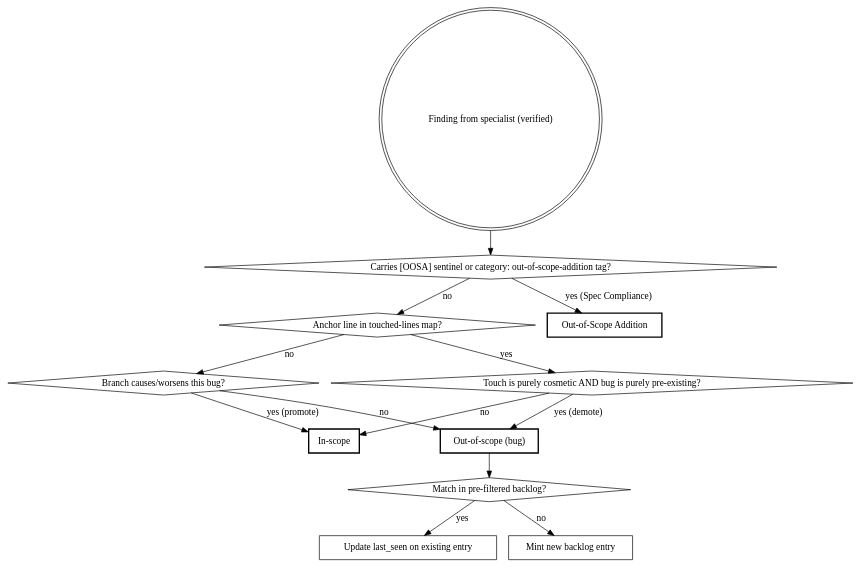
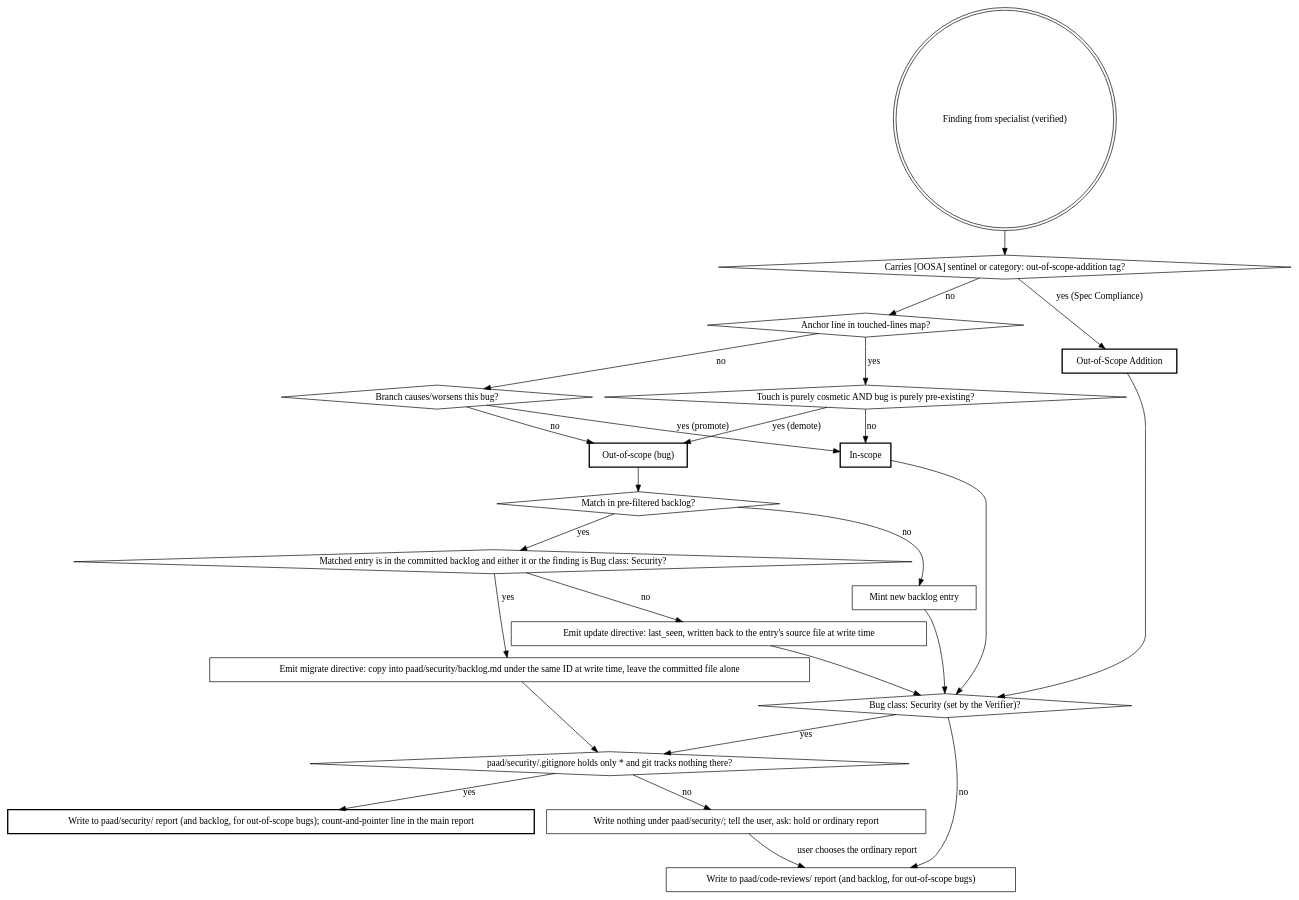
The first of 2 diagrams in plugins/paad/skills/agentic-review/SKILL.md (Ovid/paad), drawn with Graphviz before and after one commit. The commit also changed other lines of this file and 71 other files, not shown here.

````diff
--- a/plugins/paad/skills/agentic-review/SKILL.md
+++ b/plugins/paad/skills/agentic-review/SKILL.md
@@ -16,29 +20,48 @@
 ```dot
 digraph classification {
   "Finding from specialist (verified)" [shape=doublecircle];
   "Carries [OOSA] sentinel or category: out-of-scope-addition tag?" [shape=diamond];
   "Anchor line in touched-lines map?" [shape=diamond];
   "Branch causes/worsens this bug?" [shape=diamond];
   "Touch is purely cosmetic AND bug is purely pre-existing?" [shape=diamond];
   "Match in pre-filtered backlog?" [shape=diamond];
+  "Matched entry is in the committed backlog and either it or the finding is Bug class: Security?" [shape=diamond];
 
   "In-scope" [shape=box, style=bold];
   "Out-of-scope (bug)" [shape=box, style=bold];
   "Out-of-Scope Addition" [shape=box, style=bold];
-  "Update last_seen on existing entry" [shape=box];
+  "Emit update directive: last_seen, written back to the entry's source file at write time" [shape=box];
   "Mint new backlog entry" [shape=box];
+  "Emit migrate directive: copy into paad/security/backlog.md under the same ID at write time, leave the committed file alone" [shape=box];
+  "Bug class: Security (set by the Verifier)?" [shape=diamond];
+  "Write to paad/security/ report (and backlog, for out-of-scope bugs); count-and-pointer line in the main report" [shape=box, style=bold];
+  "paad/security/.gitignore holds only * and git tracks nothing there?" [shape=diamond];
+  "Write nothing under paad/security/; tell the user, ask: hold or ordinary report" [shape=box];
+  "Write to paad/code-reviews/ report (and backlog, for out-of-scope bugs)" [shape=box];
 
   "Finding from specialist (verified)" -> "Carries [OOSA] sentinel or category: out-of-scope-addition tag?";
   "Carries [OOSA] sentinel or category: out-of-scope-addition tag?" -> "Out-of-Scope Addition" [label="yes (Spec Compliance)"];
+  "Out-of-Scope Addition" -> "Bug class: Security (set by the Verifier)?";
   "Carries [OOSA] sentinel or category: out-of-scope-addition tag?" -> "Anchor line in touched-lines map?" [label="no"];
   "Anchor line in touched-lines map?" -> "Touch is purely cosmetic AND bug is purely pre-existing?" [label="yes"];
   "Anchor line in touched-lines map?" -> "Branch causes/worsens this bug?" [label="no"];
   "Touch is purely cosmetic AND bug is purely pre-existing?" -> "Out-of-scope (bug)" [label="yes (demote)"];
   "Touch is purely cosmetic AND bug is purely pre-existing?" -> "In-scope" [label="no"];
   "Branch causes/worsens this bug?" -> "In-scope" [label="yes (promote)"];
   "Branch causes/worsens this bug?" -> "Out-of-scope (bug)" [label="no"];
   "Out-of-scope (bug)" -> "Match in pre-filtered backlog?";
-  "Match in pre-filtered backlog?" -> "Update last_seen on existing entry" [label="yes"];
+  "Match in pre-filtered backlog?" -> "Matched entry is in the committed backlog and either it or the finding is Bug class: Security?" [label="yes"];
+  "Matched entry is in the committed backlog and either it or the finding is Bug class: Security?" -> "Emit migrate directive: copy into paad/security/backlog.md under the same ID at write time, leave the committed file alone" [label="yes"];
+  "Matched entry is in the committed backlog and either it or the finding is Bug class: Security?" -> "Emit update directive: last_seen, written back to the entry's source file at write time" [label="no"];
+  "Emit migrate directive: copy into paad/security/backlog.md under the same ID at write time, leave the committed file alone" -> "paad/security/.gitignore holds only * and git tracks nothing there?";
   "Match in pre-filtered backlog?" -> "Mint new backlog entry" [label="no"];
+  "In-scope" -> "Bug class: Security (set by the Verifier)?";
+  "Emit update directive: last_seen, written back to the entry's source file at write time" -> "Bug class: Security (set by the Verifier)?";
+  "Mint new backlog entry" -> "Bug class: Security (set by the Verifier)?";
+  "Bug class: Security (set by the Verifier)?" -> "paad/security/.gitignore holds only * and git tracks nothing there?" [label="yes"];
+  "paad/security/.gitignore holds only * and git tracks nothing there?" -> "Write to paad/security/ report (and backlog, for out-of-scope bugs); count-and-pointer line in the main report" [label="yes"];
+  "paad/security/.gitignore holds only * and git tracks nothing there?" -> "Write nothing under paad/security/; tell the user, ask: hold or ordinary report" [label="no"];
+  "Bug class: Security (set by the Verifier)?" -> "Write to paad/code-reviews/ report (and backlog, for out-of-scope bugs)" [label="no"];
+  "Write nothing under paad/security/; tell the user, ask: hold or ordinary report" -> "Write to paad/code-reviews/ report (and backlog, for out-of-scope bugs)" [label="user chooses the ordinary report"];
 }
 ```
````
